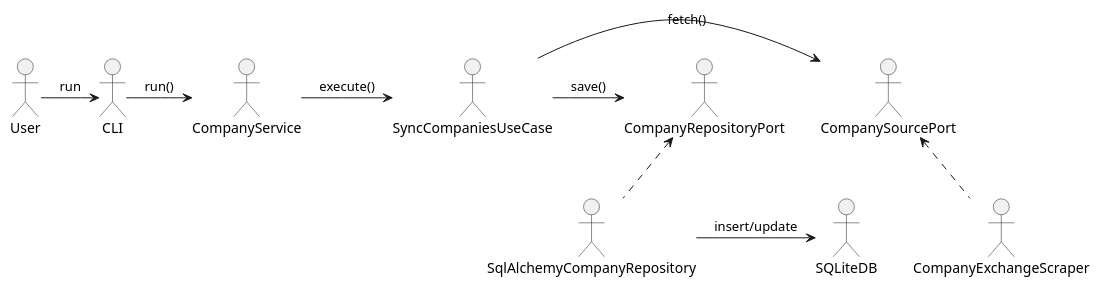
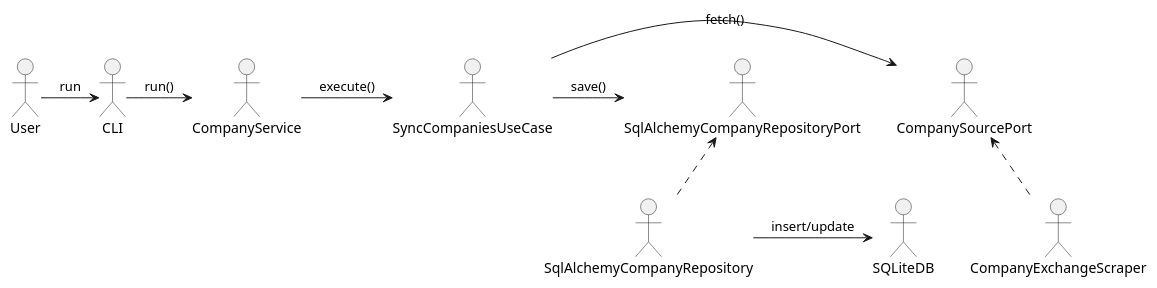
One commit to faustostangler/FL2 changed the diagram in ARCHITECTURE.md. Above: the diagram before and after it, drawn with PlantUML. The commit also changed other lines of this file and 20 other files, not shown here.

Commit message:
code architecture and docstrings

````diff
--- a/ARCHITECTURE.md
+++ b/ARCHITECTURE.md
@@ -171,14 +171,14 @@
 ```plantuml
 @startuml
 skinparam componentStyle rectangle
 actor User
 User -> CLI : run
 CLI -> CompanyService : run()
 CompanyService -> SyncCompaniesUseCase : execute()
 SyncCompaniesUseCase -> CompanySourcePort : fetch()
 CompanySourcePort <.. CompanyExchangeScraper
-SyncCompaniesUseCase -> CompanyRepositoryPort : save()
-CompanyRepositoryPort <.. SqlAlchemyCompanyRepository
+SyncCompaniesUseCase -> SqlAlchemyCompanyRepositoryPort : save()
+SqlAlchemyCompanyRepositoryPort <.. SqlAlchemyCompanyRepository
 SqlAlchemyCompanyRepository -> SQLiteDB : insert/update
 @enduml
 ```
````
